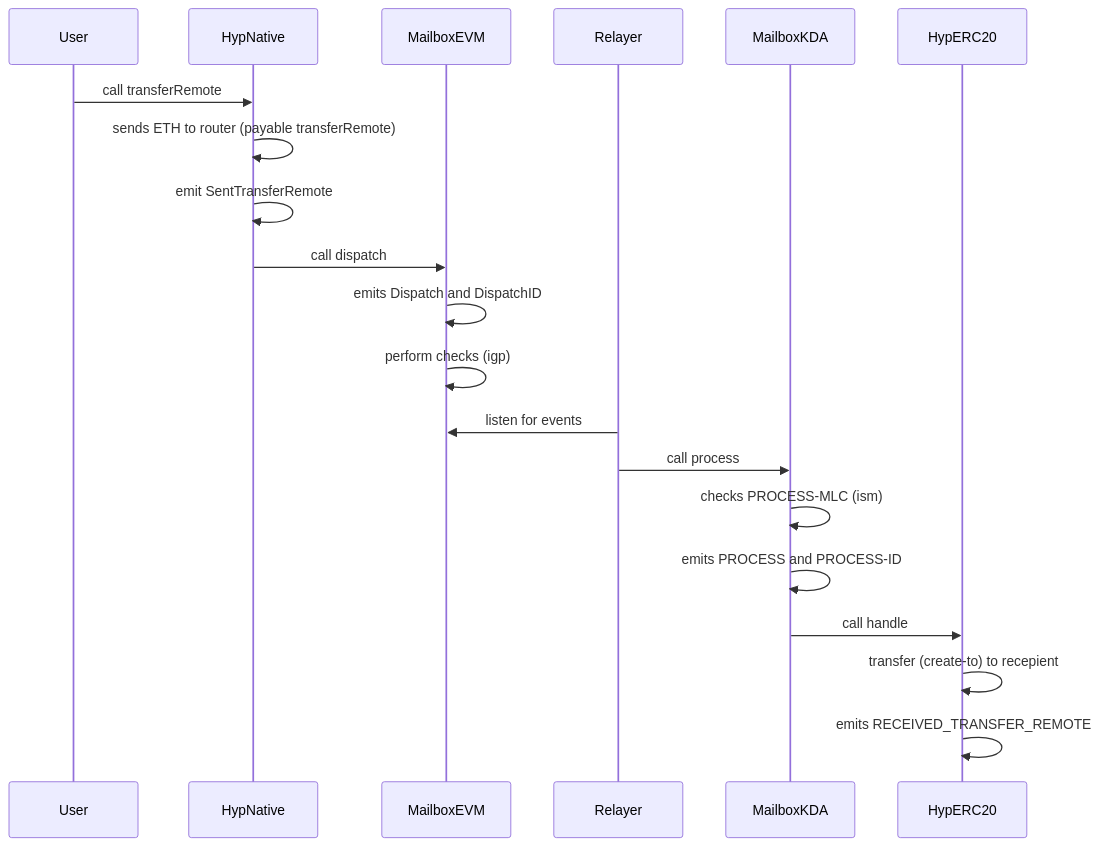
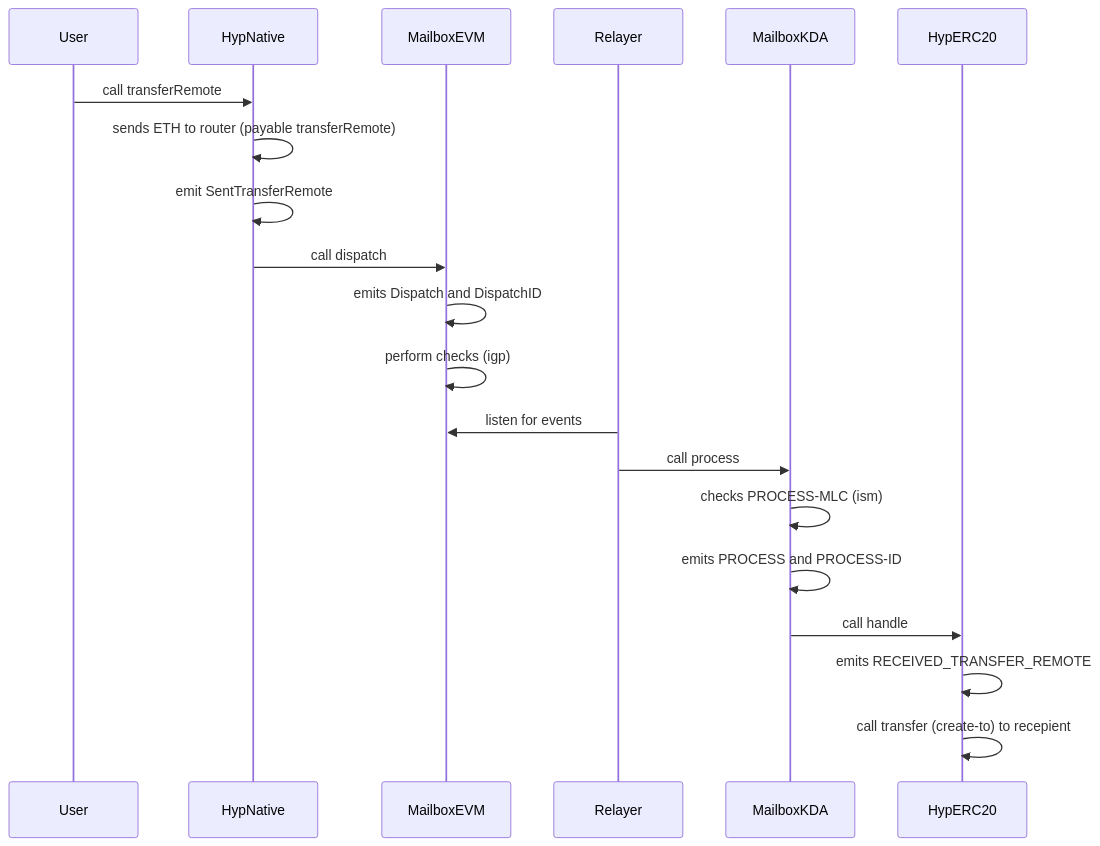
One commit to RastkoDev/smart-contracts changed the first of 8 diagrams in docs/bridge-flow.md. Above: the diagram before and after it, drawn with Mermaid. The commit also changed other lines of this file, not shown here.

````diff
--- a/docs/bridge-flow.md
+++ b/docs/bridge-flow.md
@@ -6,26 +6,27 @@
 ```mermaid
 sequenceDiagram
     participant User
     participant HypNative as HypNative
     participant MailboxETH as MailboxEVM
     participant Relayer
     participant MailboxKDA as MailboxKDA
     participant HypERC20KDA as HypERC20
 
     User->>HypNative: call transferRemote
     HypNative->>HypNative: sends ETH to router (payable transferRemote)
     HypNative->>HypNative: emit SentTransferRemote
     HypNative->>MailboxETH: call dispatch
     MailboxETH->>MailboxETH: emits Dispatch and DispatchID
     MailboxETH->>MailboxETH: perform checks (igp)
     Relayer->>MailboxETH: listen for events
     Relayer->>MailboxKDA: call process
 
     MailboxKDA->>MailboxKDA: checks PROCESS-MLC (ism)
     MailboxKDA->>MailboxKDA: emits PROCESS and PROCESS-ID 
 
     MailboxKDA->>HypERC20KDA: call handle
 
-    HypERC20KDA->>HypERC20KDA: transfer (create-to) to recepient
     HypERC20KDA->>HypERC20KDA: emits RECEIVED_TRANSFER_REMOTE
+
+    HypERC20KDA->>HypERC20KDA: call transfer (create-to) to recepient
 ```
````
